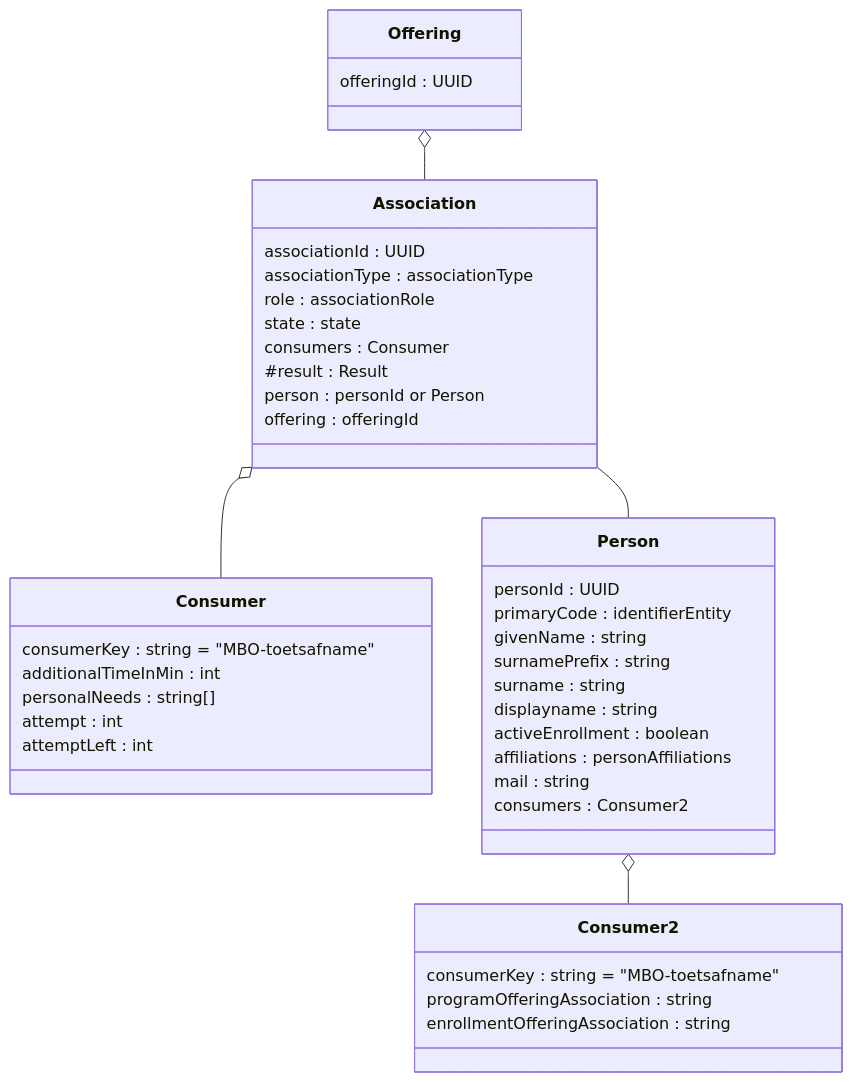
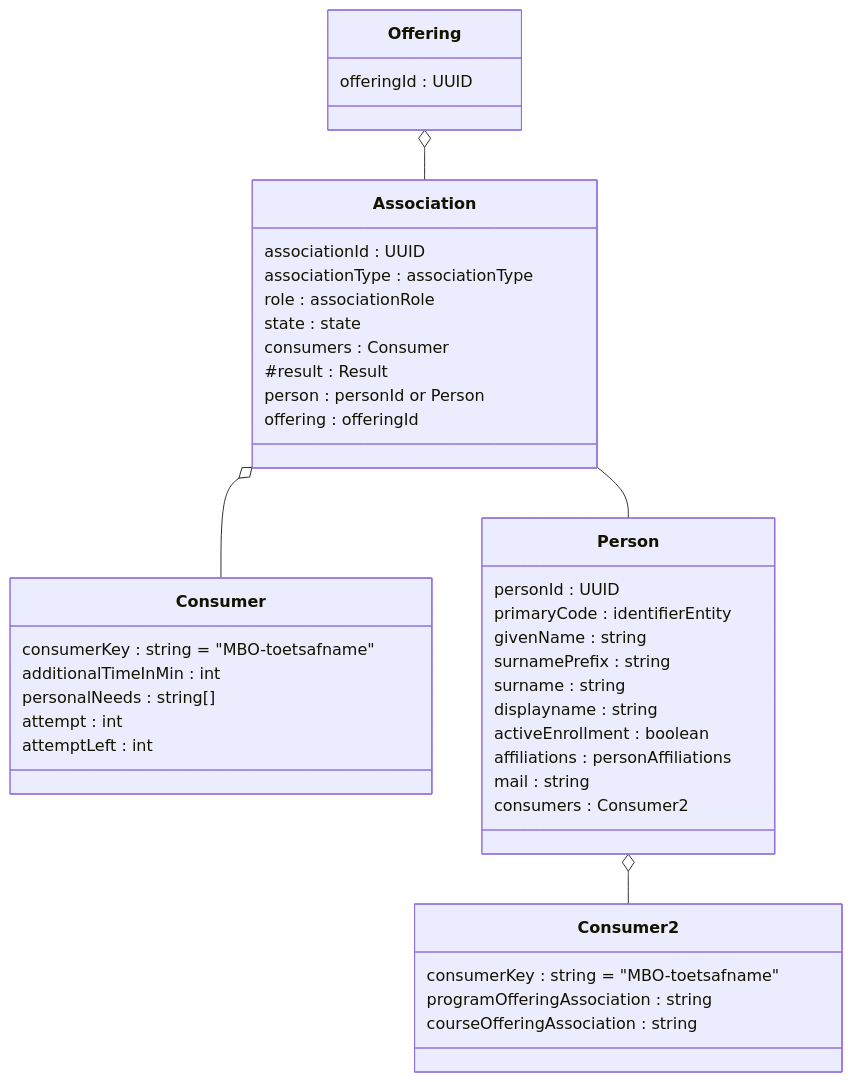
Before and after one commit to NetwerkExamineringDigitalisering/NED-OOAPI: the second of 5 diagrams in doc/flow1.md, drawn with Mermaid.

````diff
--- a/doc/flow1.md
+++ b/doc/flow1.md
@@ -90,45 +90,45 @@
 ```mermaid
 classDiagram
     class Association {
     	associationId : UUID
 	associationType : associationType
 	role : associationRole
 	state : state
 	consumers : Consumer
 #	result : Result
 	person : personId or Person
 	offering : offeringId
     }
     class Consumer {
     	consumerKey : string = "MBO-toetsafname"
 	    additionalTimeInMin : int
 	    personalNeeds : string[]
         attempt : int
         attemptLeft : int
     }
     class Person {
 	personId : UUID
 	primaryCode : identifierEntity
 	givenName : string
 	surnamePrefix : string 
 	surname : string
 	displayname : string
 	activeEnrollment : boolean 
 	affiliations : personAffiliations
 	mail : string
     	consumers : Consumer2
     }
     class Consumer2 {
     	consumerKey : string = "MBO-toetsafname"
 	    programOfferingAssociation : string
-	    enrollmentOfferingAssociation : string
+	    courseOfferingAssociation : string
     }
     class Offering {
        offeringId : UUID
     }
     Offering  o-- Association
     Association o-- Consumer
     Association -- Person
     Person o-- Consumer2
 
 ```
````
